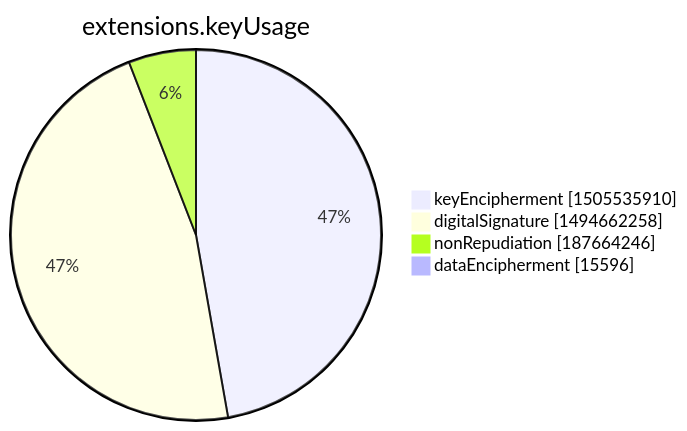
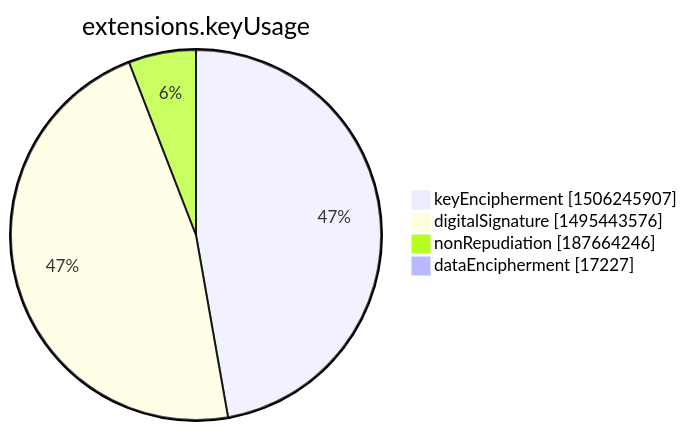
One commit to christiankrug/ctmonitor_visualization changed the seventh of 15 diagrams in xenon2022/README.md. Above: the diagram before and after it, drawn with Mermaid. The commit also changed other lines of this file, not shown here.

````diff
--- a/xenon2022/README.md
+++ b/xenon2022/README.md
@@ -2845,8 +2845,8 @@
 ```mermaid
 pie showData
 title extensions.keyUsage
-"keyEncipherment" :1505535910
-"digitalSignature" :1494662258
+"keyEncipherment" :1506245907
+"digitalSignature" :1495443576
 "nonRepudiation" :187664246
-"dataEncipherment" :15596
+"dataEncipherment" :17227
 ```
````
